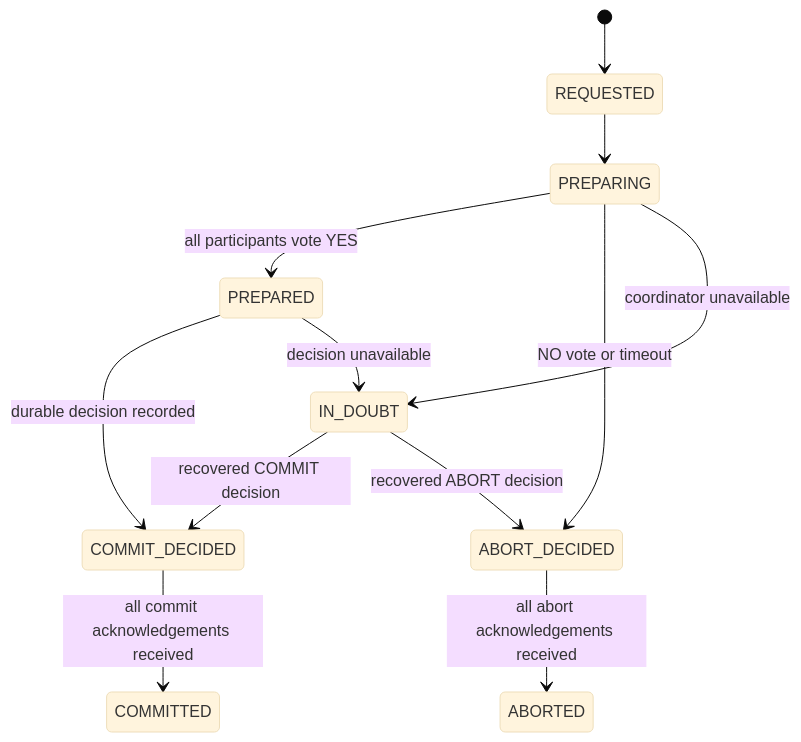
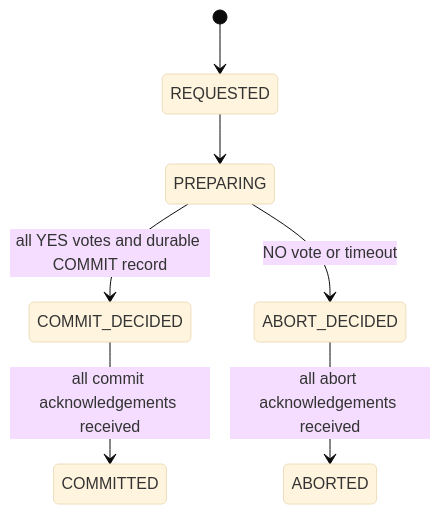
One commit to sonalilonkar1/LedgerMesh changed the first of 3 diagrams in docs/architecture/ADR-001-ledgermesh-architecture-and-correctness.md. Above: the diagram before and after it, drawn with Mermaid (base theme). The commit also changed other lines of this file and 1 other file, not shown here.

Commit message:
docs: address LM-001 architecture review

````diff
--- a/docs/architecture/ADR-001-ledgermesh-architecture-and-correctness.md
+++ b/docs/architecture/ADR-001-ledgermesh-architecture-and-correctness.md
@@ -90,14 +94,9 @@
 ```mermaid
 stateDiagram-v2
     [*] --> REQUESTED
     REQUESTED --> PREPARING
-    PREPARING --> PREPARED: all participants vote YES
+    PREPARING --> COMMIT_DECIDED: all YES votes and durable COMMIT record
     PREPARING --> ABORT_DECIDED: NO vote or timeout
-    PREPARED --> COMMIT_DECIDED: durable decision recorded
     COMMIT_DECIDED --> COMMITTED: all commit acknowledgements received
     ABORT_DECIDED --> ABORTED: all abort acknowledgements received
-    PREPARING --> IN_DOUBT: coordinator unavailable
-    PREPARED --> IN_DOUBT: decision unavailable
-    IN_DOUBT --> COMMIT_DECIDED: recovered COMMIT decision
-    IN_DOUBT --> ABORT_DECIDED: recovered ABORT decision
 ```
````
